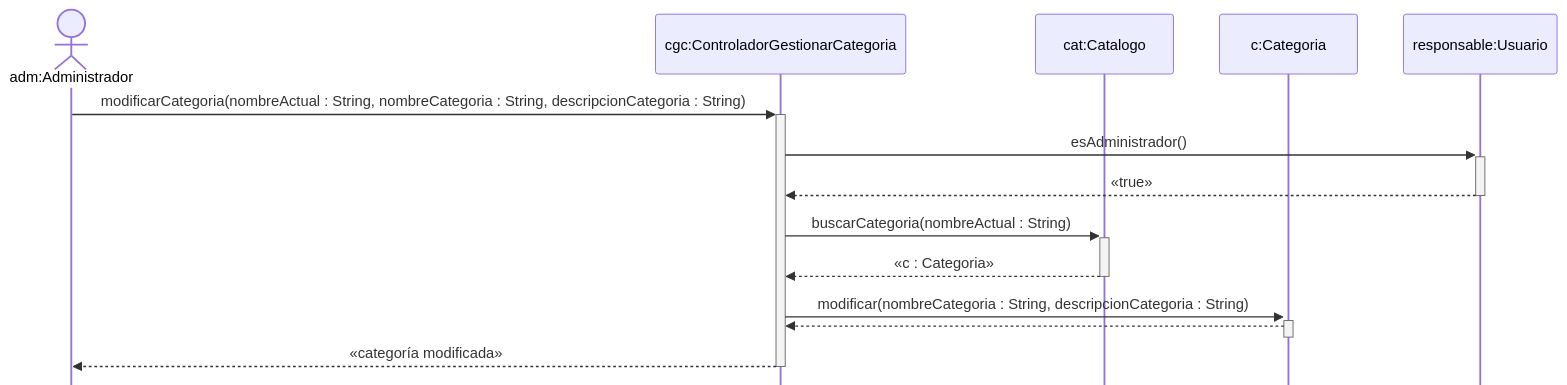
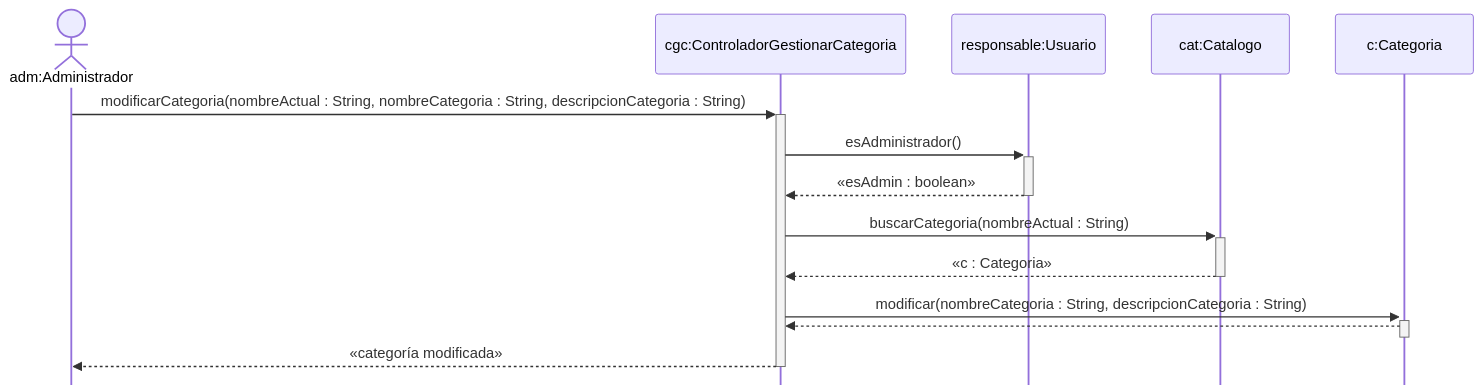
One commit to cirotop/Stock-Project changed the fifth of 12 diagrams in 08-Diagrama De Secuencia/Diagramas_de_Secuencia.md. Above: the diagram before and after it, drawn with Mermaid. The commit also changed other lines of this file, not shown here.

````diff
--- a/08-Diagrama De Secuencia/Diagramas_de_Secuencia.md
+++ b/08-Diagrama De Secuencia/Diagramas_de_Secuencia.md
@@ -141,18 +173,18 @@
 ```mermaid
 %%{init: {"sequence": {"mirrorActors": false}, "themeCSS": ".loopLine { stroke-dasharray: none !important; stroke-width: 1.5px !important; }"}}%%
 sequenceDiagram
     actor adm as adm:Administrador
     participant cgc as cgc:ControladorGestionarCategoria
+    participant resp as responsable:Usuario
     participant cat as cat:Catalogo
     participant c as c:Categoria
-    participant resp as responsable:Usuario
 
     adm->>+cgc: modificarCategoria(nombreActual : String, nombreCategoria : String, descripcionCategoria : String)
     cgc->>+resp: esAdministrador()
-    resp-->>-cgc: «true»
+    resp-->>-cgc: «esAdmin : boolean»
     cgc->>+cat: buscarCategoria(nombreActual : String)
     cat-->>-cgc: «c : Categoria»
     cgc->>+c: modificar(nombreCategoria : String, descripcionCategoria : String)
     c-->>-cgc: 
     cgc-->>-adm: «categoría modificada»
 ```
````
